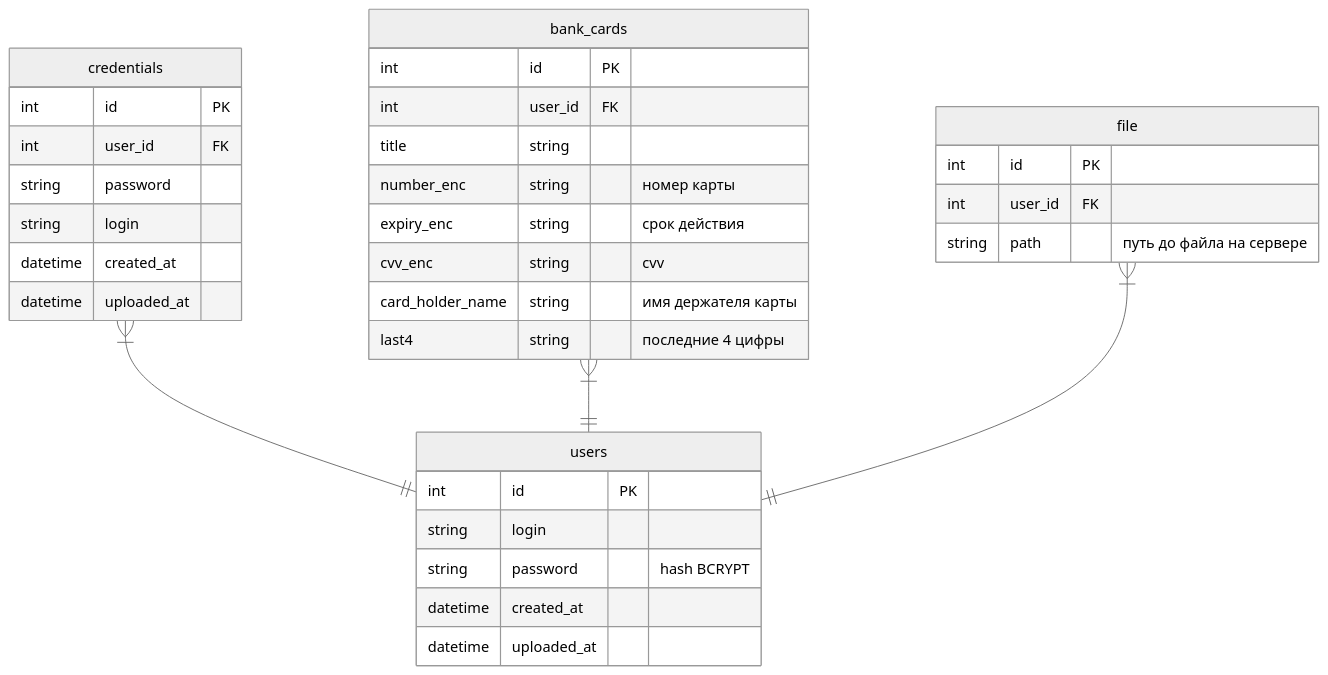
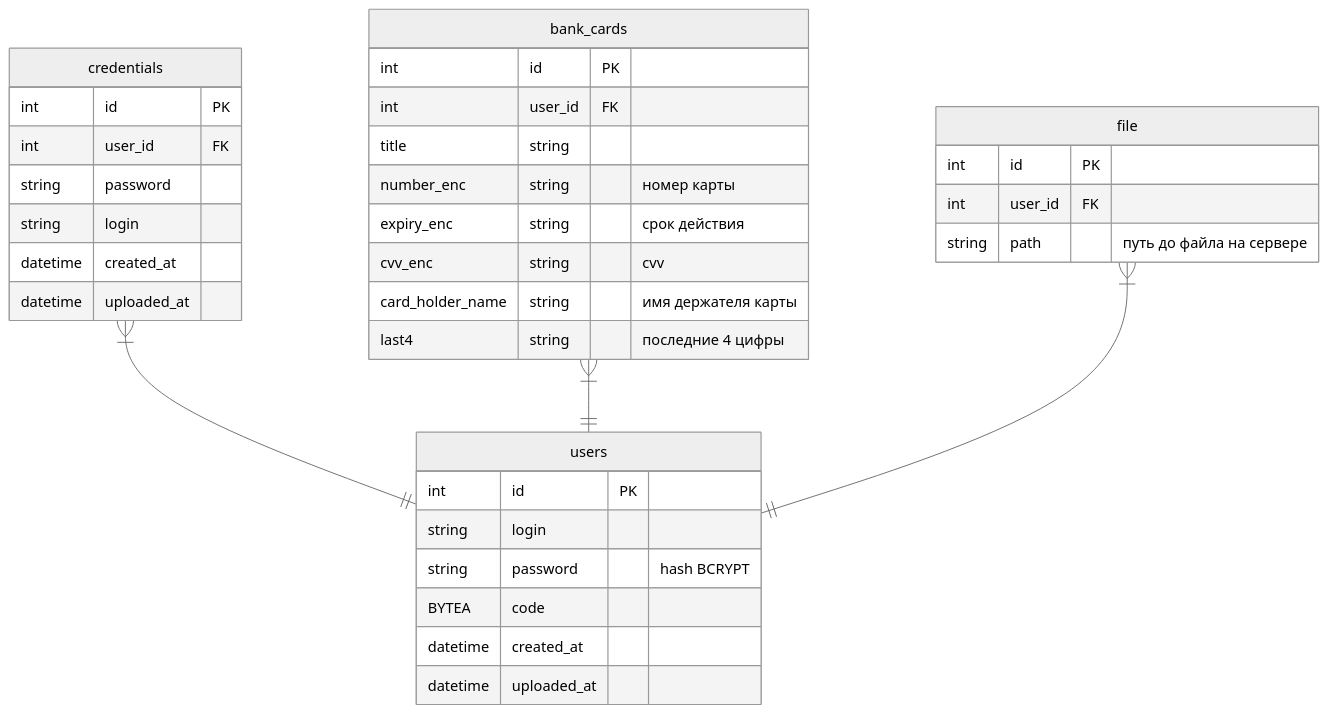
The diagram in doc/dm.md (xboxser/GophKeeper), drawn with Mermaid before and after one commit. The commit also changed 15 other files, not shown here.

````diff
--- a/doc/dm.md
+++ b/doc/dm.md
@@ -3,42 +3,43 @@
 ```mermaid
 ---
 config:
   theme: neutral
 ---
 erDiagram
 	direction TB
 	credentials {
 		int id PK ""  
         int user_id FK ""  
 		string password  ""  
         string login  ""  
 		datetime created_at  ""  
 		datetime uploaded_at  ""  
 	}
 	users {
 		int id PK ""  
 		string login  ""  
 		string password  "hash BCRYPT"  
+        BYTEA code  ""  
 		datetime created_at  ""  
 		datetime uploaded_at  ""  
 	}
     bank_cards {
         int id PK ""  
         int user_id FK ""  
         title string  ""
         number_enc string  "номер карты"  
         expiry_enc string  "срок действия"
         cvv_enc string  "cvv"
         card_holder_name string  "имя держателя карты"
         last4 string  "последние 4 цифры"
     }
     file {
         int id PK ""
         int user_id FK ""
         string path "путь до файла на сервере"
     }
 	credentials}|--||users:"  "
     bank_cards}|--||users:"  "
     file}|--||users:"  "
 
 ```
````
